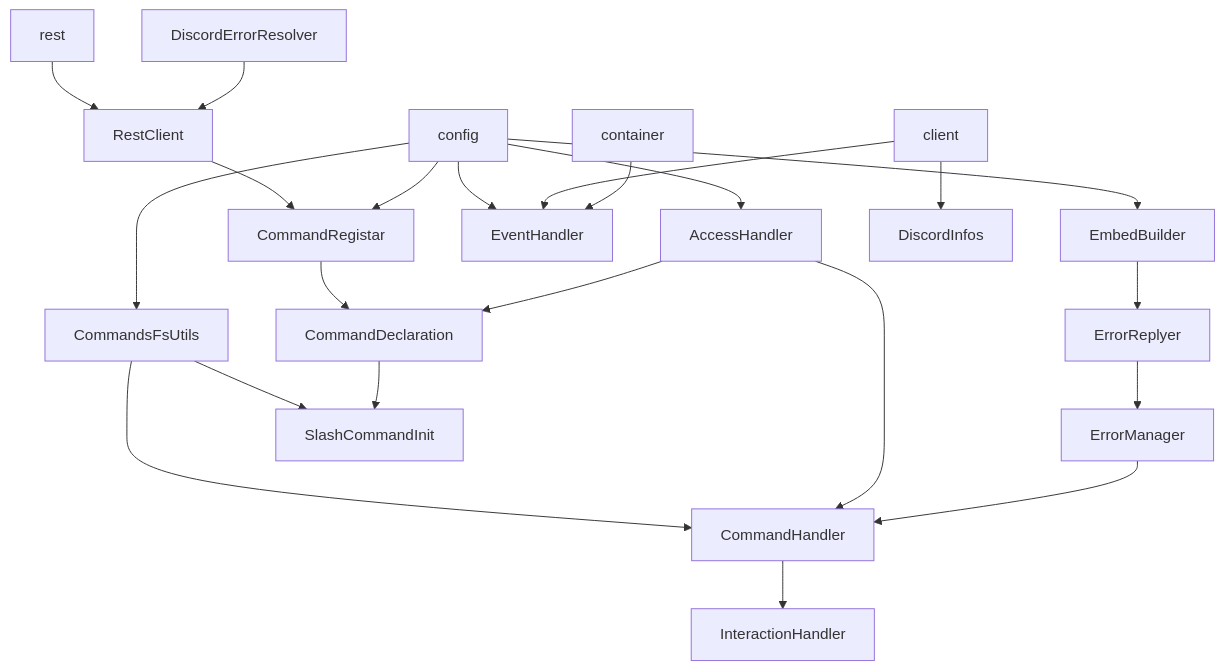
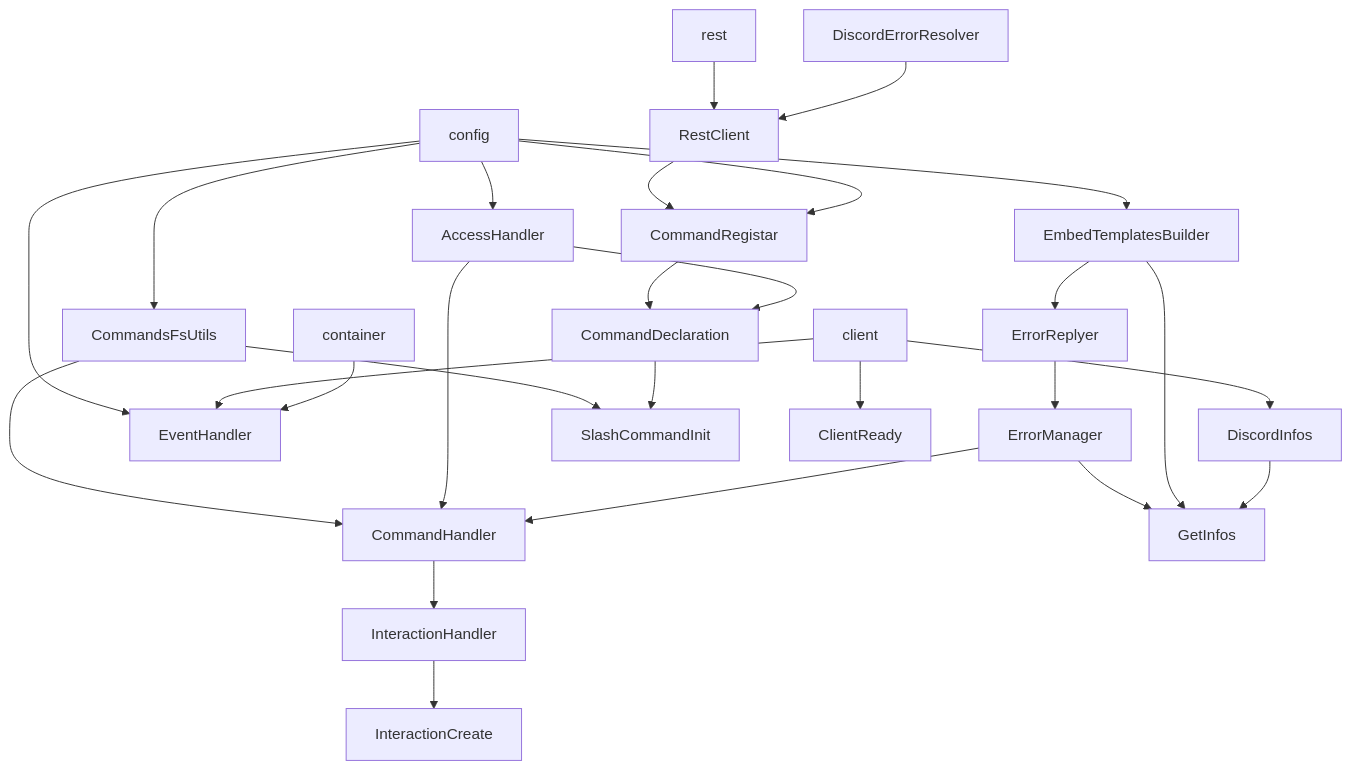
The diagram in docs/graph/2025-08-11 DI graph.mmd (Deb84/Utilsy), drawn with Mermaid before and after one commit. The commit also changed other lines of this file and 8 other files, not shown here.

Commit message:
fix, add & remove - prototype getinfo user - removed slashCmdAutoBuilder - minor fixes - updated DI graph

```diff
--- a/docs/graph/2025-08-11 DI graph.mmd
+++ b/docs/graph/2025-08-11 DI graph.mmd
@@ -1,40 +1,51 @@
 graph TD
 rest --> RestClient
 DiscordErrorResolver --> RestClient
 
 %% utils
 config --> CommandsFsUtils
 
-config --> EmbedBuilder
+config --> EmbedTemplatesBuilder
 
 %% manager
 ErrorReplyer --> ErrorManager
 
 %% handler
 config --> AccessHandler
 
 CommandsFsUtils --> CommandHandler
 AccessHandler --> CommandHandler
 ErrorManager --> CommandHandler
 
 CommandHandler --> InteractionHandler
 
 config --> EventHandler
 client --> EventHandler
 container --> EventHandler
 
 %% rest
 RestClient --> CommandRegistar
 config --> CommandRegistar
 
 %% services
 CommandRegistar --> CommandDeclaration
 AccessHandler --> CommandDeclaration
 
 client --> DiscordInfos
 
-EmbedBuilder --> ErrorReplyer
+EmbedTemplatesBuilder --> ErrorReplyer
 
 %% bootstrap
 CommandsFsUtils --> SlashCommandInit
 CommandDeclaration --> SlashCommandInit
+
+
+%% Events
+client --> ClientReady
+
+InteractionHandler --> InteractionCreate
+
+%% Commands
+ErrorManager --> GetInfos
+EmbedTemplatesBuilder --> GetInfos
+DiscordInfos --> GetInfos
```
